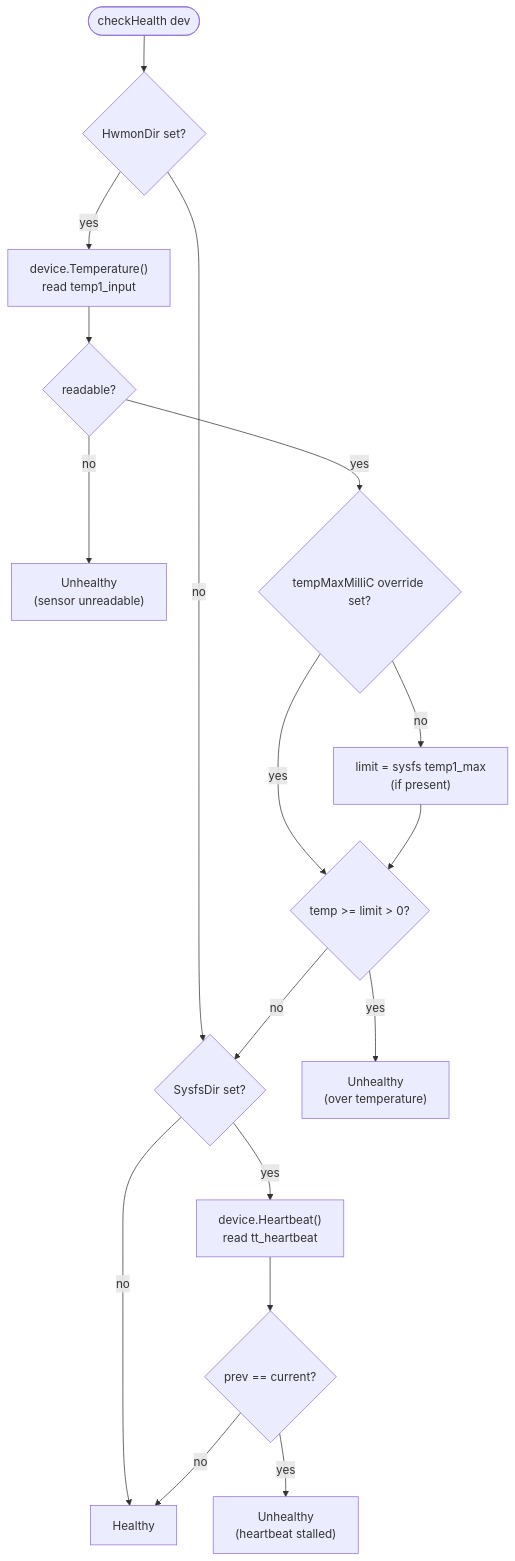
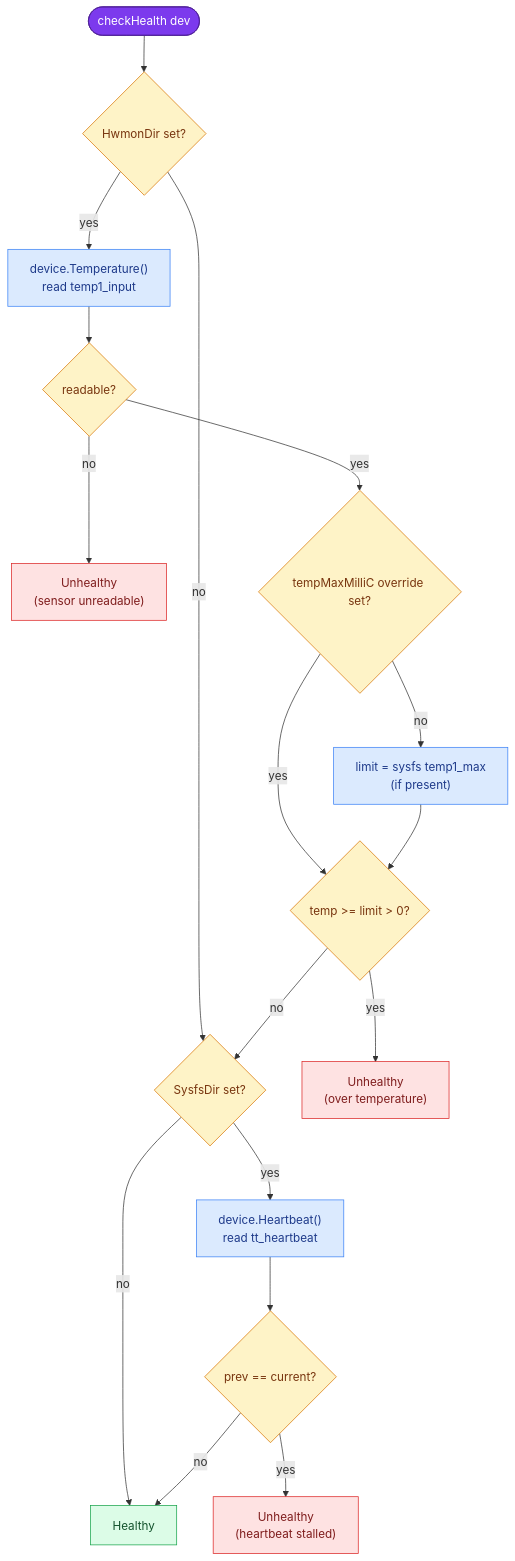
Before and after one commit to guhaneswaran/tt-k8s-device-plugin: the sixth of 7 diagrams in CONTROL_FLOW.md, drawn with Mermaid. The commit also changed other lines of this file and 1 other file, not shown here.

First line of the commit message:
Enhance diagrams: styled sequence diagram + color-coded flowcharts

````diff
--- a/CONTROL_FLOW.md
+++ b/CONTROL_FLOW.md
@@ -157,20 +245,31 @@
 ```mermaid
 flowchart TD
   H([checkHealth dev]) --> HW{"HwmonDir set?"}
   HW -->|no| HB
   HW -->|yes| TEMP["device.Temperature()<br/>read temp1_input"]
   TEMP --> TREAD{"readable?"}
   TREAD -->|no| UNH1["Unhealthy<br/>(sensor unreadable)"]
   TREAD -->|yes| LIM{"tempMaxMilliC override set?"}
   LIM -->|yes| CMP
   LIM -->|no| SYS["limit = sysfs temp1_max<br/>(if present)"]
   SYS --> CMP{"temp >= limit > 0?"}
   CMP -->|yes| UNH2["Unhealthy<br/>(over temperature)"]
   CMP -->|no| HB{"SysfsDir set?"}
 
   HB -->|no| OK["Healthy"]
   HB -->|yes| HBR["device.Heartbeat()<br/>read tt_heartbeat"]
   HBR --> HBP{"prev == current?"}
   HBP -->|yes| UNH3["Unhealthy<br/>(heartbeat stalled)"]
   HBP -->|no| OK
+
+  classDef entry fill:#7c3aed,color:#fff,stroke:#4c1d95;
+  classDef proc fill:#dbeafe,stroke:#3b82f6,color:#1e3a8a;
+  classDef dec fill:#fef3c7,stroke:#d97706,color:#78350f;
+  classDef good fill:#dcfce7,stroke:#16a34a,color:#14532d;
+  classDef err fill:#fee2e2,stroke:#dc2626,color:#7f1d1d;
+  class H entry;
+  class HW,TREAD,LIM,CMP,HB,HBP dec;
+  class TEMP,SYS,HBR proc;
+  class OK good;
+  class UNH1,UNH2,UNH3 err;
 ```
````
